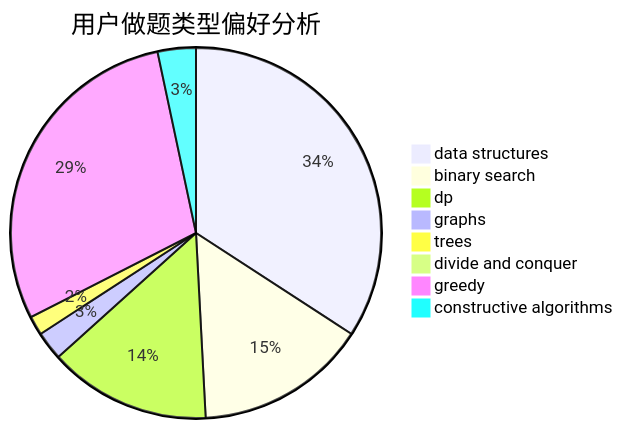
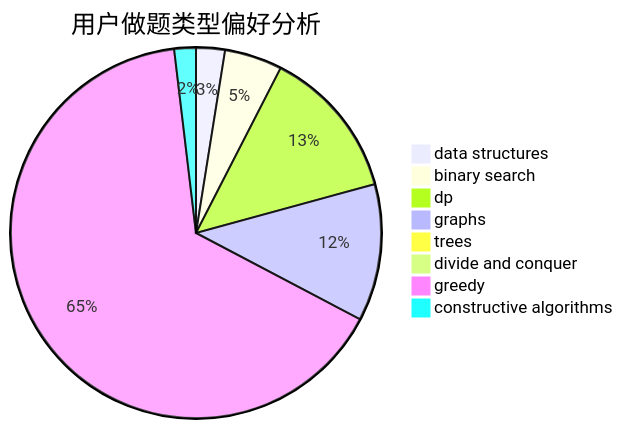
One commit to sherpahu/cfrs.github.io changed the second of 3 diagrams in docs/user/u1795.md. Above: the diagram before and after it, drawn with Mermaid. The commit also changed other lines of this file and 2770 other files, not shown here.

````diff
--- a/docs/user/u1795.md
+++ b/docs/user/u1795.md
@@ -23,11 +23,11 @@
 ```mermaid
 pie title 用户做题类型偏好分析
-    "data structures" :  41
-    "binary search" :  18
-    "dp" :  17
-    "graphs" :  3
-    "trees" :  2
+    "data structures" :  4
+    "binary search" :  8
+    "dp" :  21
+    "graphs" :  19
+    "trees" :  0
     "divide and conquer" :  0
-    "greedy" :  35
-    "constructive algorithms" :  4
+    "greedy" :  104
+    "constructive algorithms" :  3
 ```
````
